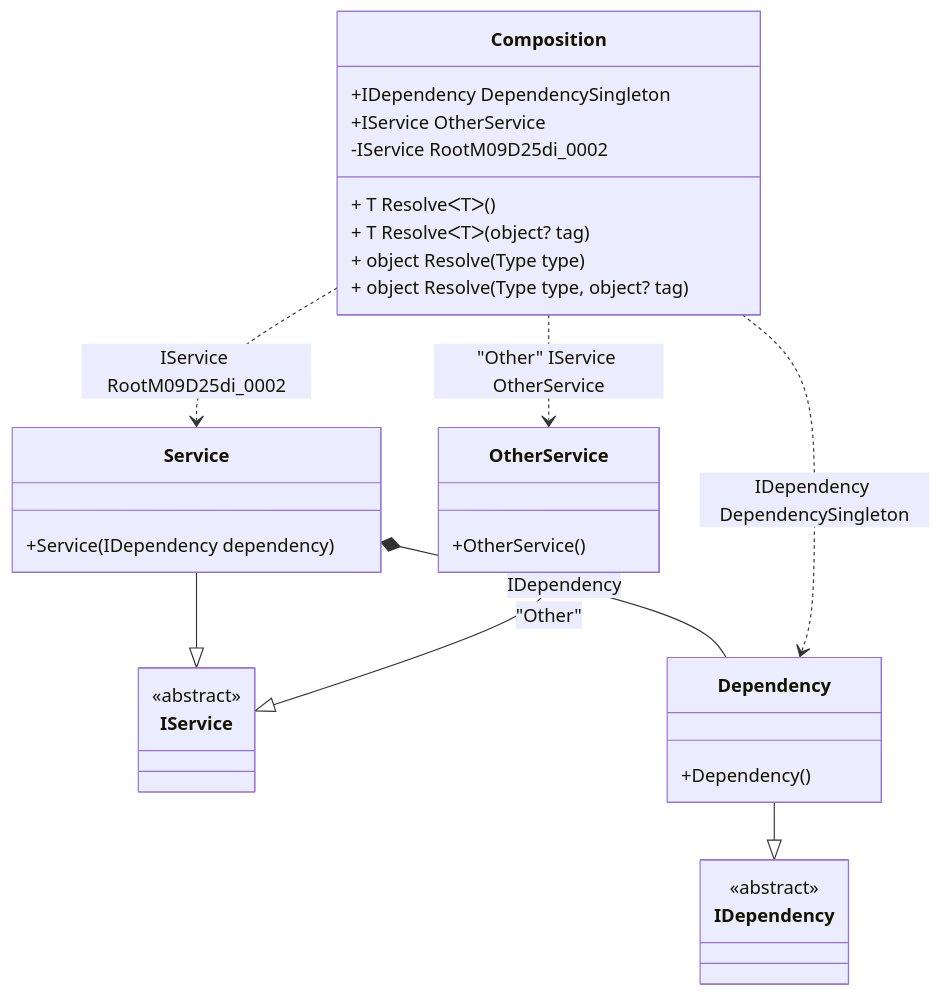
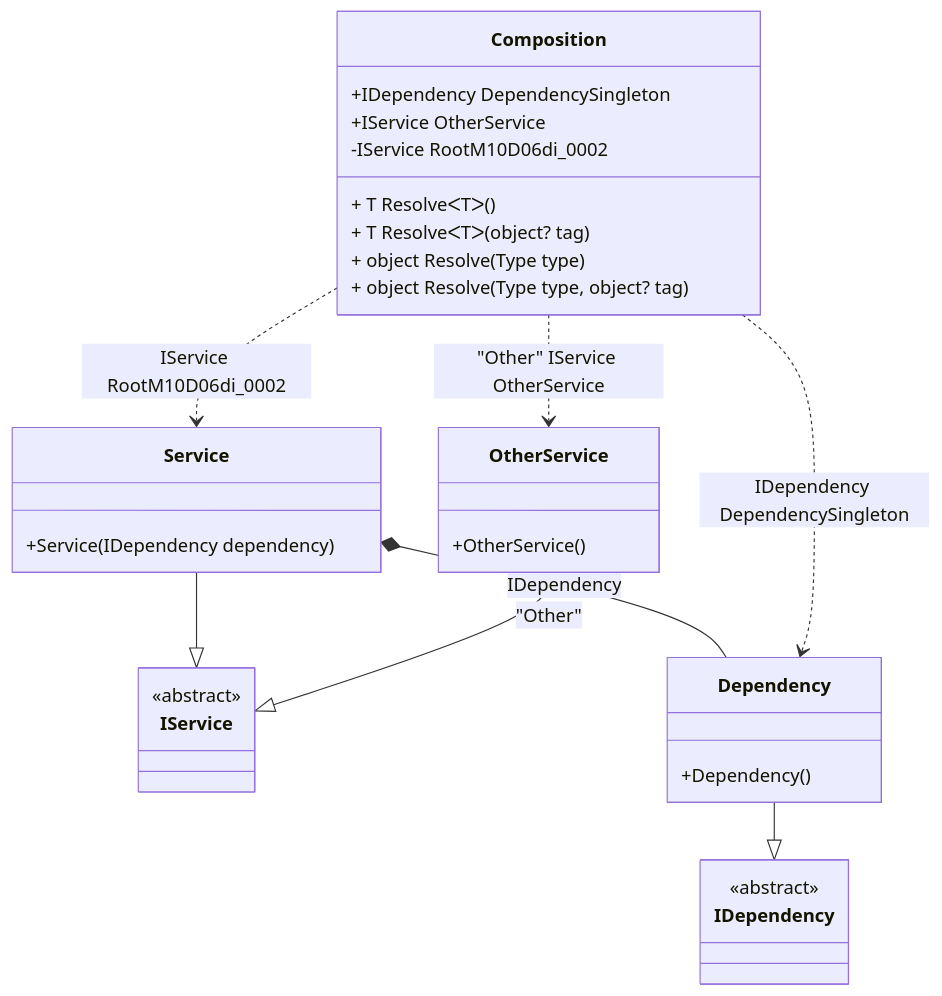
Before and after one commit to DevTeam/Pure.DI: the diagram in readme/resolve-methods.md, drawn with Mermaid. The commit also changed other lines of this file and 57 other files, not shown here.

````diff
--- a/readme/resolve-methods.md
+++ b/readme/resolve-methods.md
@@ -47,34 +47,34 @@
 ```mermaid
 classDiagram
   class Composition {
     +IDependency DependencySingleton
     +IService OtherService
-    -IService RootM09D25di_0002
+    -IService RootM10D06di_0002
     + T ResolveᐸTᐳ()
     + T ResolveᐸTᐳ(object? tag)
     + object Resolve(Type type)
     + object Resolve(Type type, object? tag)
   }
   Service --|> IService : 
   class Service {
     +Service(IDependency dependency)
   }
   Dependency --|> IDependency : 
   class Dependency {
     +Dependency()
   }
   OtherService --|> IService : "Other" 
   class OtherService {
     +OtherService()
   }
   class IService {
     <<abstract>>
   }
   class IDependency {
     <<abstract>>
   }
   Service *--  Dependency : IDependency
   Composition ..> Dependency : IDependency DependencySingleton
-  Composition ..> Service : IService RootM09D25di_0002
+  Composition ..> Service : IService RootM10D06di_0002
   Composition ..> OtherService : "Other" IService OtherService
 ```
````
